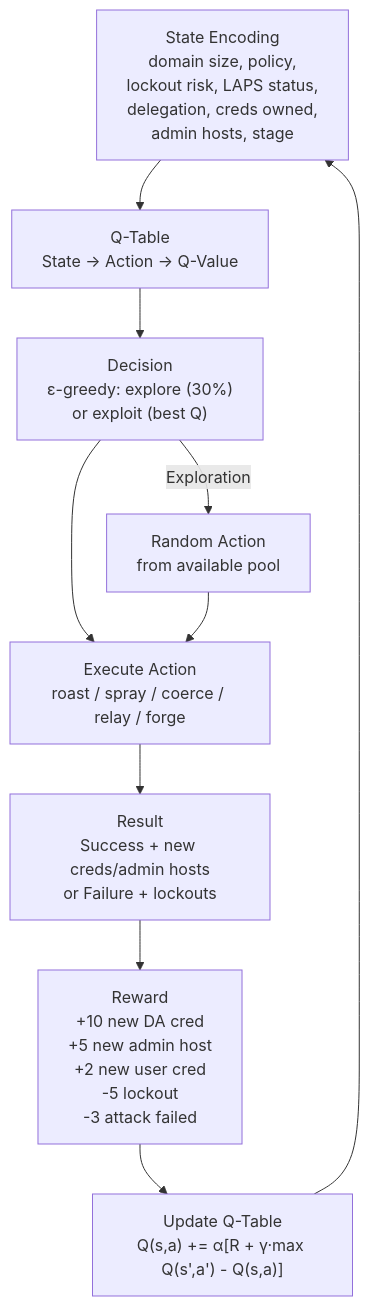
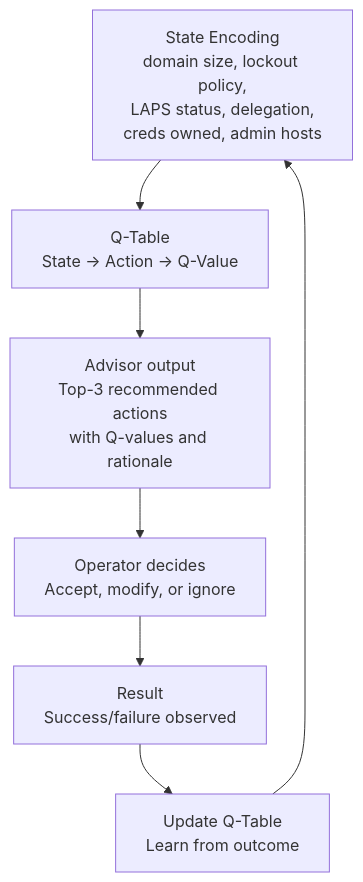
Diagram 18 of 35 in ARCHITECTURE.md (Karmanya03/Overthrone), drawn with Mermaid before and after one commit. The commit also changed other lines of this file and 1 other file, not shown here.

Commit message:
docs: fix README tables, update LOC, rewrite ARCHITECTURE.md tool flow

````diff
--- a/ARCHITECTURE.md
+++ b/ARCHITECTURE.md
@@ -541,16 +572,9 @@
 ```mermaid
 flowchart TD
-    STATE["State Encoding<br/>domain size, policy,<br/>lockout risk, LAPS status,<br/>delegation, creds owned,<br/>admin hosts, stage"]
-    STATE --> QTABLE["Q-Table<br/>State → Action → Q-Value"]
-
-    QTABLE --> DECISION["Decision<br/>ε-greedy: explore (30%)<br/>or exploit (best Q)"]
-    DECISION --> ACTION["Execute Action<br/>roast / spray / coerce / relay / forge"]
-
-    ACTION --> RESULT["Result<br/>Success + new creds/admin hosts<br/>or Failure + lockouts"]
-    RESULT --> REWARD["Reward<br/>+10 new DA cred<br/>+5 new admin host<br/>+2 new user cred<br/>-5 lockout<br/>-3 attack failed"]
-    REWARD --> UPDATE["Update Q-Table<br/>Q(s,a) += α[R + γ·max Q(s',a') - Q(s,a)]"]
+    STATE["State Encoding<br/>domain size, lockout policy,<br/>LAPS status, delegation,<br/>creds owned, admin hosts"] --> QTABLE["Q-Table<br/>State → Action → Q-Value"]
+    QTABLE --> ADVICE["Advisor output<br/>Top-3 recommended actions<br/>with Q-values and rationale"]
+    ADVICE --> OPERATOR["Operator decides<br/>Accept, modify, or ignore"]
+    OPERATOR --> RESULT["Result<br/>Success/failure observed"]
+    RESULT --> UPDATE["Update Q-Table<br/>Learn from outcome"]
     UPDATE --> STATE
-
-    DECISION -->|Exploration| RANDOM["Random Action<br/>from available pool"]
-    RANDOM --> ACTION
 ```
````
